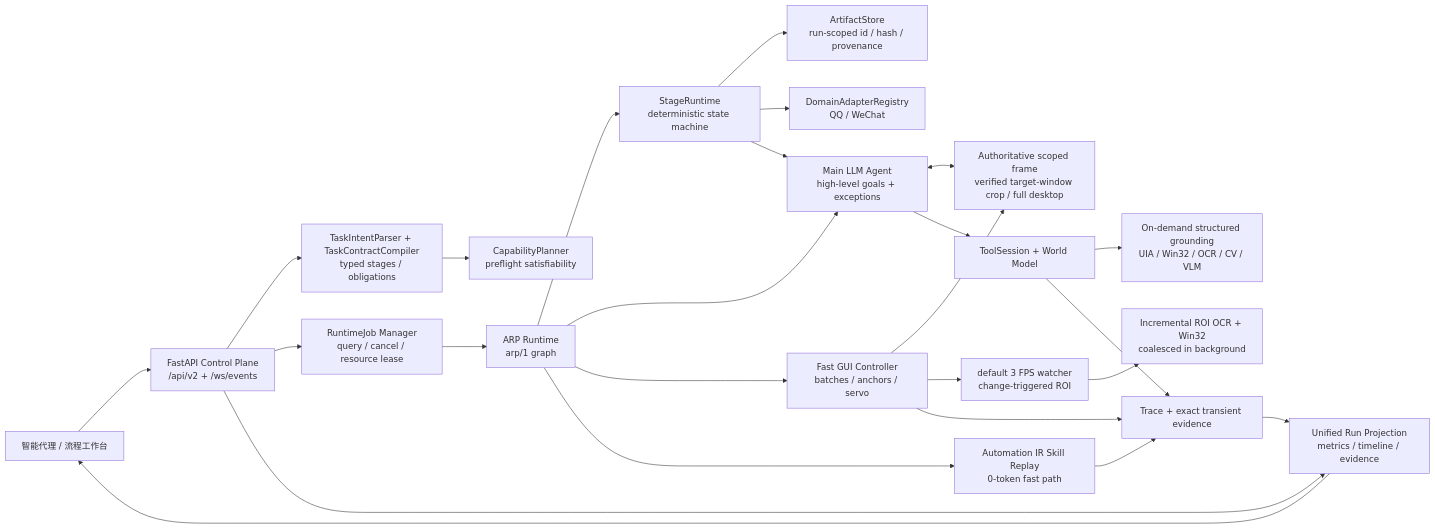
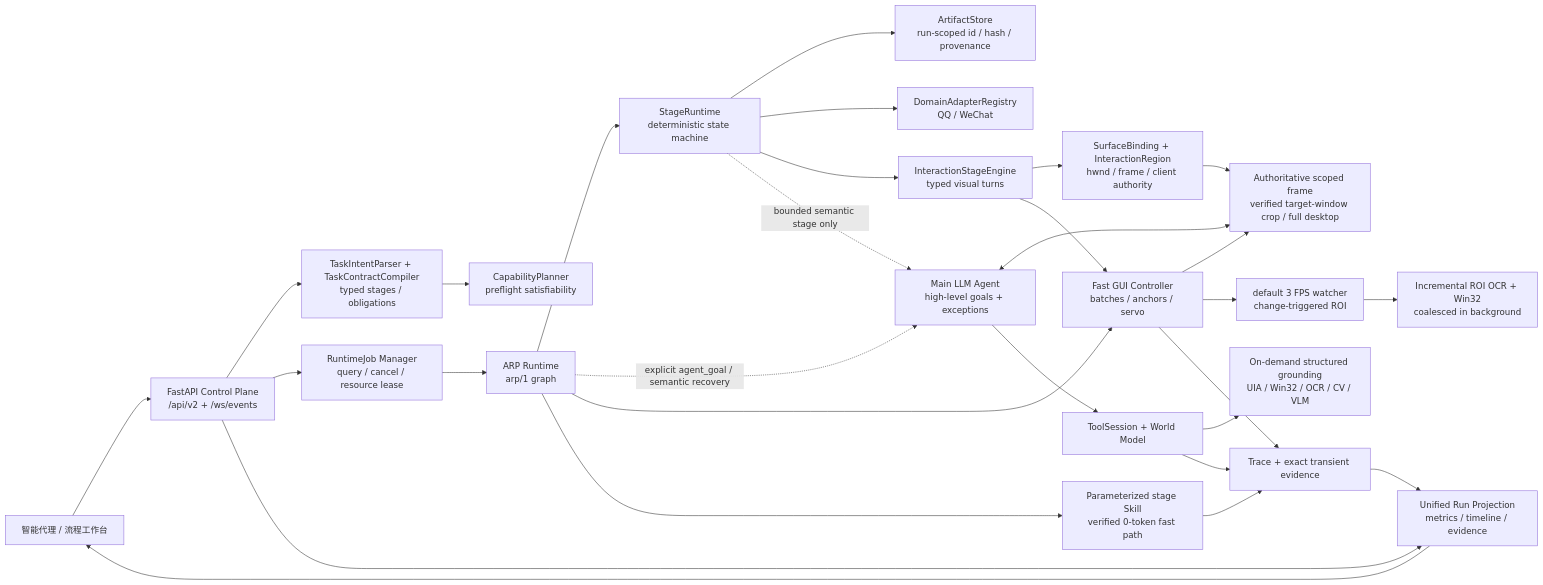
Before and after one commit to zoujiapeng/lingdong-script: the first of 2 diagrams in docs/architecture.md, drawn with Mermaid. The commit also changed other lines of this file and 84 other files, not shown here.

````diff
--- a/docs/architecture.md
+++ b/docs/architecture.md
@@ -7,27 +7,31 @@
 ```mermaid
 flowchart LR
   User["智能代理 / 流程工作台"] --> Control["FastAPI Control Plane\n/api/v2 + /ws/events"]
   Control --> Compiler["TaskIntentParser + TaskContractCompiler\ntyped stages / obligations"]
   Compiler --> Planner["CapabilityPlanner\npreflight satisfiability"]
   Control --> Jobs["RuntimeJob Manager\nquery / cancel / resource lease"]
   Jobs --> ARP["ARP Runtime\narp/1 graph"]
   ARP --> Stage["StageRuntime\ndeterministic state machine"]
   Control --> Projection["Unified Run Projection\nmetrics / timeline / evidence"]
-  ARP --> Runner["Main LLM Agent\nhigh-level goals + exceptions"]
+  ARP -. "explicit agent_goal / semantic recovery" .-> Runner["Main LLM Agent\nhigh-level goals + exceptions"]
   ARP --> Controller["Fast GUI Controller\nbatches / anchors / servo"]
-  ARP --> Skills["Automation IR Skill Replay\n0-token fast path"]
+  ARP --> Skills["Parameterized stage Skill\nverified 0-token fast path"]
   Stage --> Artifacts["ArtifactStore\nrun-scoped id / hash / provenance"]
   Stage --> Adapters["DomainAdapterRegistry\nQQ / WeChat"]
-  Stage --> Runner
+  Stage --> Interaction["InteractionStageEngine\ntyped visual turns"]
+  Interaction --> Binding["SurfaceBinding + InteractionRegion\nhwnd / frame / client authority"]
+  Interaction --> Controller
+  Binding --> Frame
+  Stage -. "bounded semantic stage only" .-> Runner
   Runner <--> Frame["Authoritative scoped frame\nverified target-window crop / full desktop"]
   Runner --> Tools["ToolSession + World Model"]
   Tools --> Perception["On-demand structured grounding\nUIA / Win32 / OCR / CV / VLM"]
   Controller --> Frame
   Controller --> Watcher["default 3 FPS watcher\nchange-triggered ROI"]
   Watcher --> Prefetch["Incremental ROI OCR + Win32\ncoalesced in background"]
   Tools --> Trace["Trace + exact transient evidence"]
   Controller --> Trace
   Skills --> Trace
   Trace --> Projection
   Projection --> User
 ```
````
